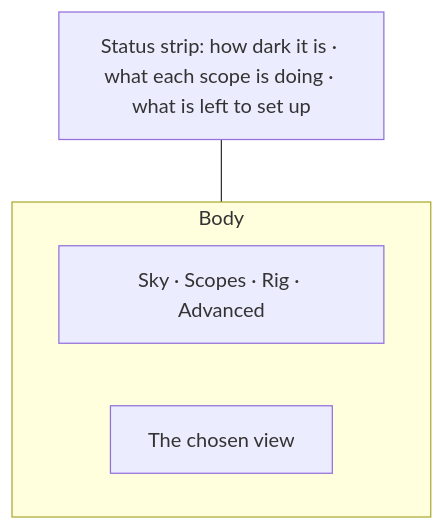
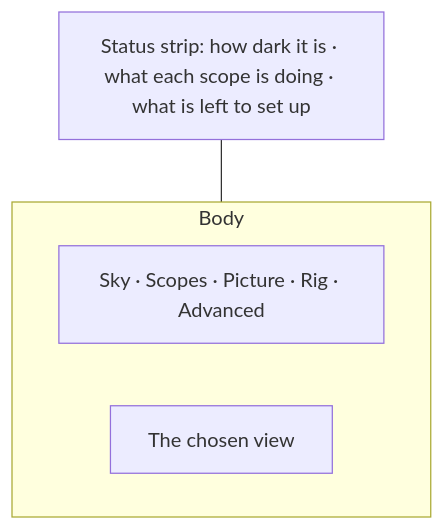
The second of 3 diagrams in docs/user-guide.md (UltraGeekDEV/ELink-Astro), drawn with Mermaid before and after one commit. The commit also changed other lines of this file and 27 other files, not shown here.

````diff
--- a/docs/user-guide.md
+++ b/docs/user-guide.md
@@ -84,9 +84,9 @@
 ```mermaid
 flowchart TB
     Bar[Status strip: how dark it is · what each scope is doing · what is left to set up]
     subgraph Body
-        Nav[Sky · Scopes · Rig · Advanced]
+        Nav[Sky · Scopes · Picture · Rig · Advanced]
         View[The chosen view]
     end
     Bar --- Body
 ```
````
